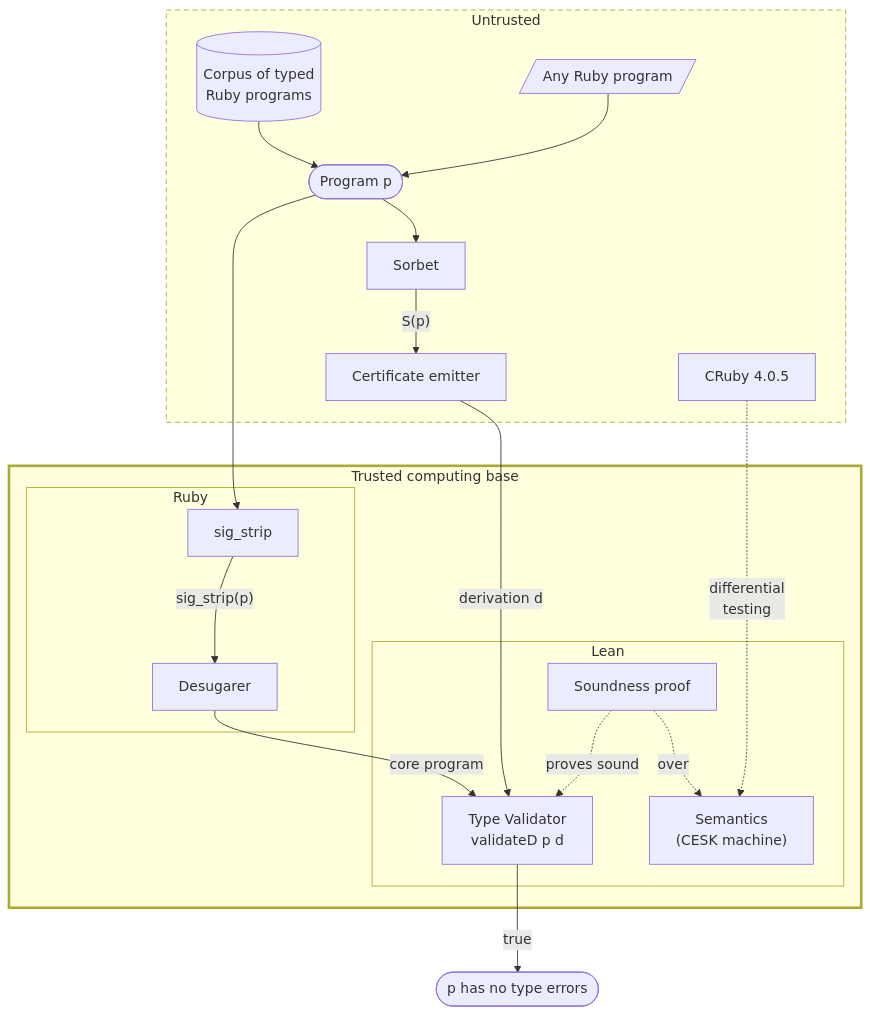
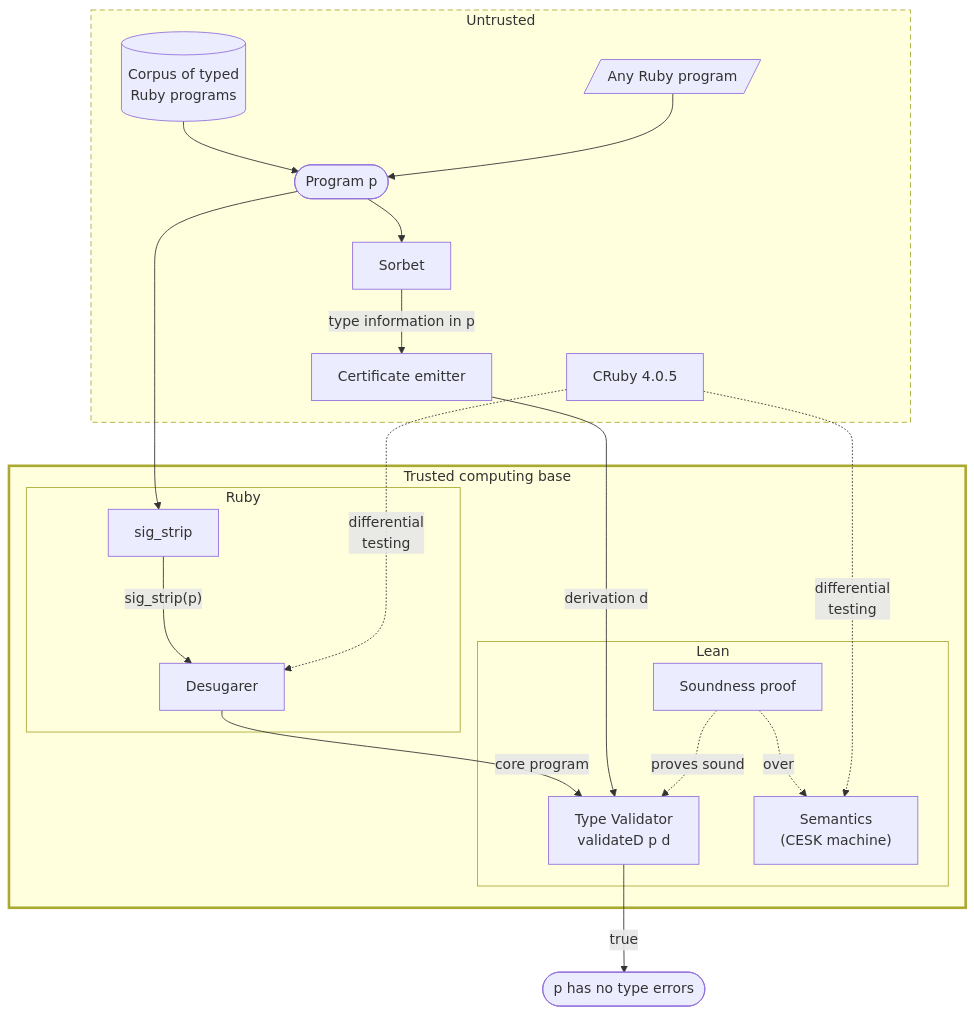
One commit to sam-xif/sam-xif.github.io changed the diagram in posts/2026-09-20-ruby-lean.md. Above: the diagram before and after it, drawn with Mermaid. The commit also changed other lines of this file and 5 other files, not shown here.

````diff
--- a/posts/2026-09-20-ruby-lean.md
+++ b/posts/2026-09-20-ruby-lean.md
@@ -483,43 +90,44 @@
 ```mermaid
 flowchart TB
     subgraph untrusted["Untrusted"]
         corpus[("Corpus of typed<br/>Ruby programs")]
         anyprog[/"Any Ruby program"/]
         prog(["Program p"])
         sorbet["Sorbet"]
         emitter["Certificate emitter"]
         cruby["CRuby 4.0.5"]
     end
 
     subgraph tcb["Trusted computing base"]
         subgraph tcbruby["Ruby"]
             rubypad[" "]
             sigstrip["sig_strip"]
             desugarer["Desugarer"]
         end
         subgraph tcblean["Lean"]
             validator["Type Validator<br/>validateD p d"]
             proof["Soundness proof"]
             semantics["Semantics<br/>(CESK machine)"]
         end
     end
 
     corpus --> prog
     anyprog --> prog
     prog --> sigstrip
     sigstrip -->|"sig_strip(p)"| desugarer
     prog --> sorbet
-    sorbet -->|"S(p)"| emitter
+    sorbet -->|"type information in p"| emitter
     desugarer -->|"core program"| validator
     emitter -->|"derivation d"| validator
     proof -.->|"proves sound"| validator
     proof -.->|"over"| semantics
     cruby -.->|"differential<br/>testing"| semantics
+    cruby -.->|"differential<br/>testing"| desugarer
     emitter ~~~ sigstrip
     sigstrip ~~~ proof
     validator -->|"true"| verdict(["p has no type errors"])
 
     style rubypad fill:none,stroke:none
     style untrusted stroke-dasharray: 6 4
     style tcb stroke-width: 3px
 ```
````
